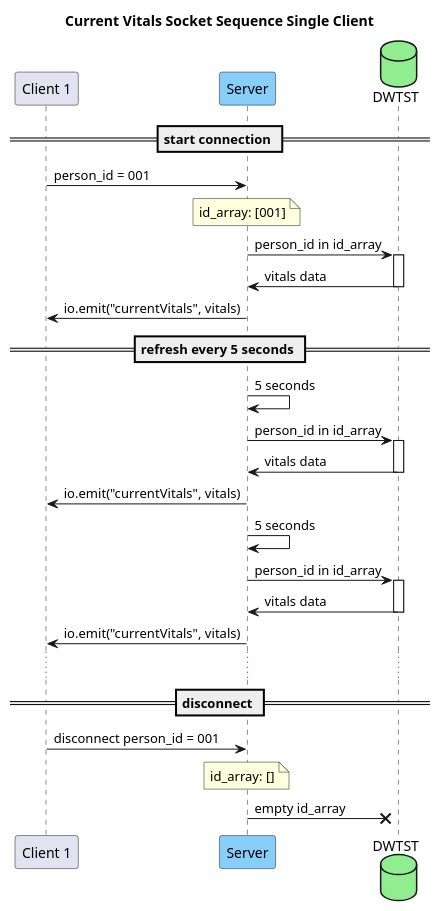
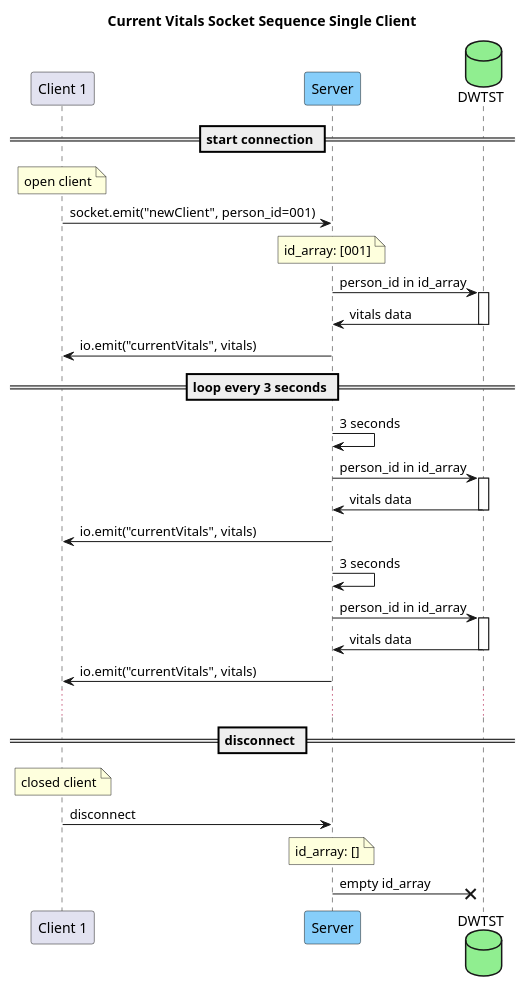
Before and after one commit to TwistTRL/nodejs-twist-api: the diagram in assets/socket/current-vitals-sequence-simple.iuml, drawn with PlantUML. The commit also changed 5 other files, not shown here.

```diff
--- a/assets/socket/current-vitals-sequence-simple.iuml
+++ b/assets/socket/current-vitals-sequence-simple.iuml
@@ -1,43 +1,43 @@
 @startuml sequence
 title Current Vitals Socket Sequence Single Client
 
 participant "Client 1" as C1
-' participant "Client 2" as C2
-' participant "Client 3" as C3
 participant "Server" as SR #LightSkyBlue
 database "DWTST" as DWTST #LightGreen
 
 == start connection ==
-C1 -> SR : person_id = 001
+note over C1 : open client
+C1 -> SR :  socket.emit("newClient", person_id=001) 
 note over SR : id_array: [001]
 SR -> DWTST : person_id in id_array
 activate DWTST
 DWTST -> SR : vitals data
 deactivate DWTST
 SR -> C1 : io.emit("currentVitals", vitals)
 
-== refresh every 5 seconds ==
-SR -> SR : 5 seconds
+== loop every 3 seconds ==
+SR -> SR : 3 seconds
 SR -> DWTST : person_id in id_array
 activate DWTST
 DWTST -> SR : vitals data
 deactivate DWTST
 SR -> C1 : io.emit("currentVitals", vitals)
-SR -> SR : 5 seconds
+SR -> SR : 3 seconds
 SR -> DWTST : person_id in id_array
 activate DWTST
 DWTST -> SR : vitals data
 deactivate DWTST
 SR -> C1 : io.emit("currentVitals", vitals)
 ...
 
 == disconnect ==
-C1 -> SR : disconnect person_id = 001
+note over C1 : closed client
+C1 -> SR : disconnect
 note over SR : id_array: []
 SR ->x DWTST : empty id_array
 
 
 
 
 
 @enduml
```
